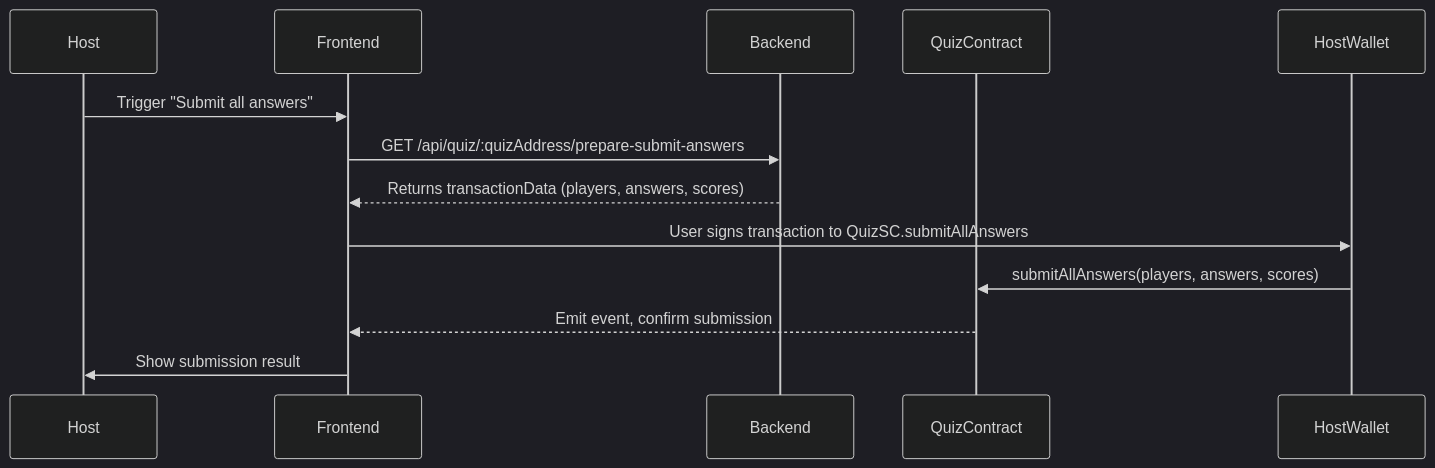
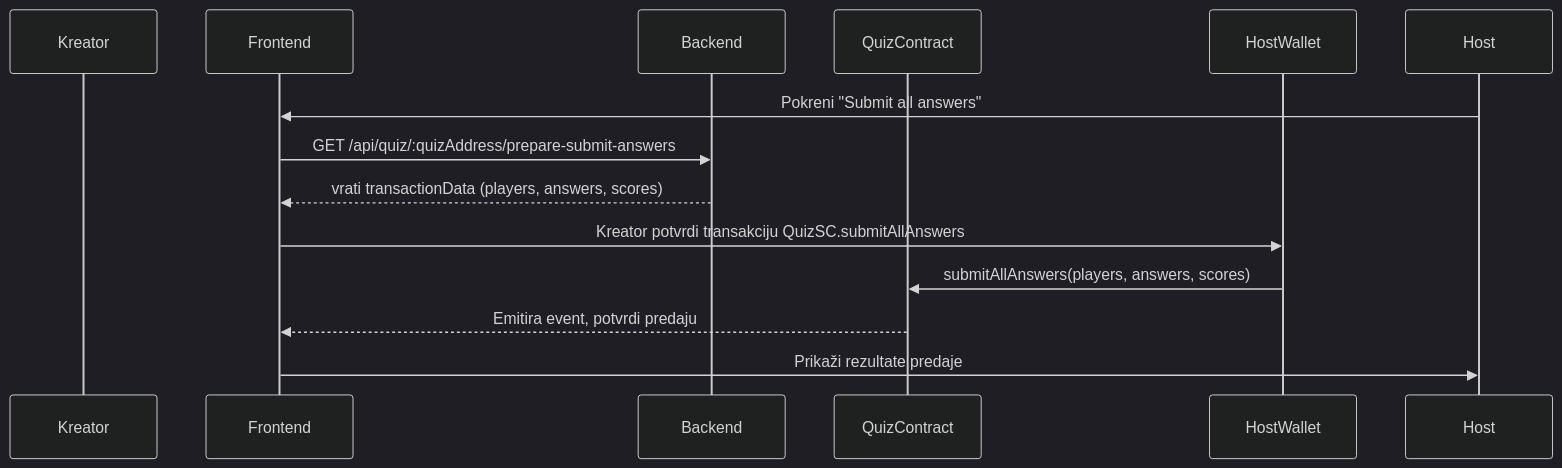
Before and after one commit to ian12-21/QuizApp-Frontend: the fifth of 6 diagrams in README_Version3.md, drawn with Mermaid (dark theme). The commit also changed other lines of this file, not shown here.

````diff
--- a/README_Version3.md
+++ b/README_Version3.md
@@ -83,16 +83,16 @@
 ```mermaid
 sequenceDiagram
-    participant Host
+    participant Kreator
     participant Frontend
     participant Backend
     participant QuizSC as QuizContract
     participant Wallet as HostWallet
 
-    Host->>Frontend: Trigger "Submit all answers"
+    Host->>Frontend: Pokreni "Submit all answers"
     Frontend->>Backend: GET /api/quiz/:quizAddress/prepare-submit-answers
-    Backend-->>Frontend: Returns transactionData (players, answers, scores)
-    Frontend->>Wallet: User signs transaction to QuizSC.submitAllAnswers
+    Backend-->>Frontend: vrati transactionData (players, answers, scores)
+    Frontend->>Wallet: Kreator potvrdi transakciju QuizSC.submitAllAnswers
     Wallet->>QuizSC: submitAllAnswers(players, answers, scores)
-    QuizSC-->>Frontend: Emit event, confirm submission
-    Frontend->>Host: Show submission result
+    QuizSC-->>Frontend: Emitira event, potvrdi predaju
+    Frontend->>Host: Prikaži rezultate predaje
 ```
````
